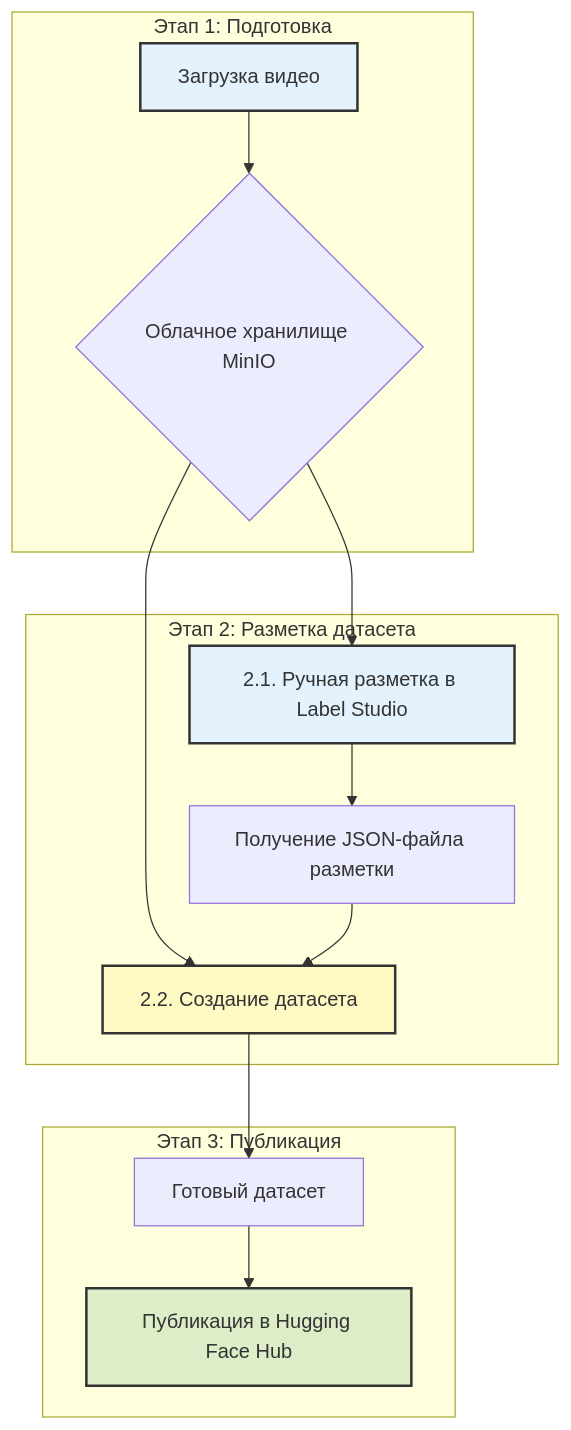
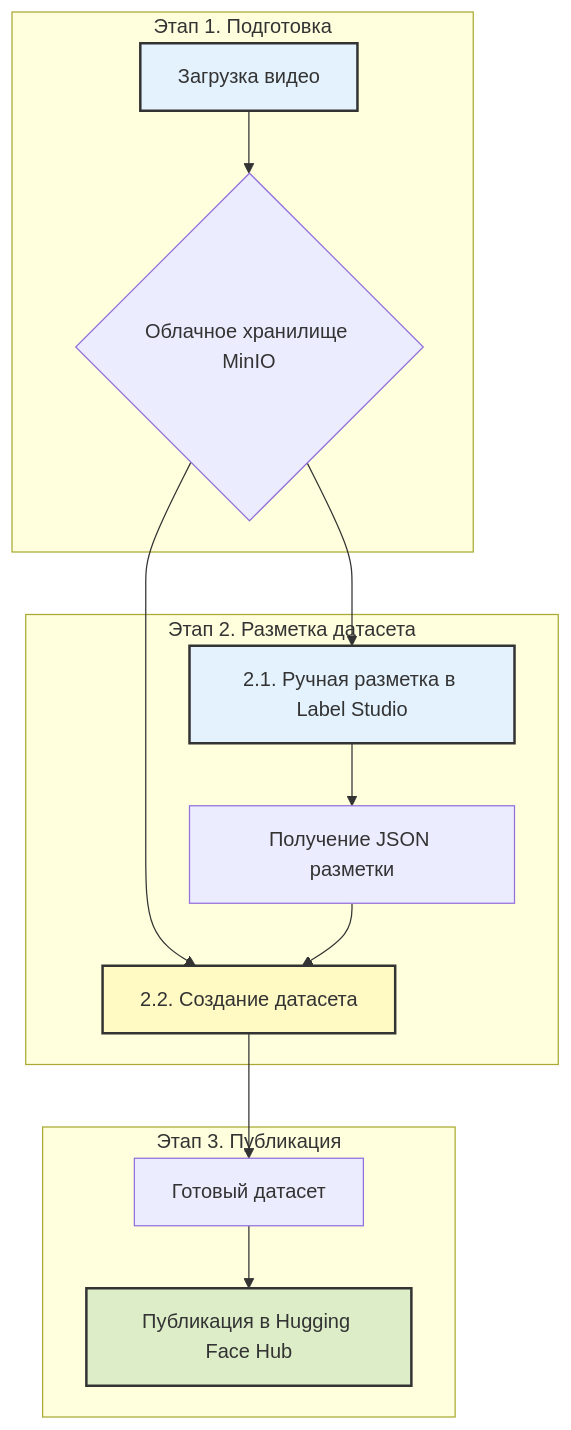
The diagram in readme.md (BosenkoTM/ppi_mgpu), drawn with Mermaid before and after one commit. The commit also changed other lines of this file, not shown here.

````diff
--- a/readme.md
+++ b/readme.md
@@ -13,22 +13,22 @@
 ```mermaid
 graph TD
-    subgraph Этап 1: Подготовка
+    subgraph Этап 1. Подготовка
         A[Загрузка видео] --> B{Облачное хранилище MinIO};
     end
 
-    subgraph Этап 2: Разметка датасета
+    subgraph Этап 2. Разметка датасета
         B --> C[2.1. Ручная разметка в Label Studio];
-        C --> D[Получение JSON-файла разметки];
+        C --> D[Получение JSON разметки];
         B & D --> E[2.2. Создание датасета];
     end
 
-    subgraph Этап 3: Публикация
+    subgraph Этап 3. Публикация
         E --> F[Готовый датасет];
         F --> G[Публикация в Hugging Face Hub];
     end
 
     style A fill:#e3f2fd,stroke:#333,stroke-width:2px
     style C fill:#e3f2fd,stroke:#333,stroke-width:2px
     style E fill:#fff9c4,stroke:#333,stroke-width:2px
     style G fill:#dcedc8,stroke:#333,stroke-width:2px
 ```
````
